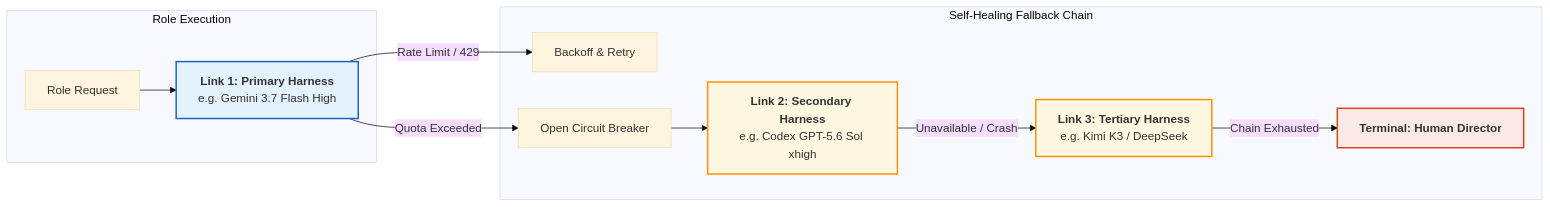
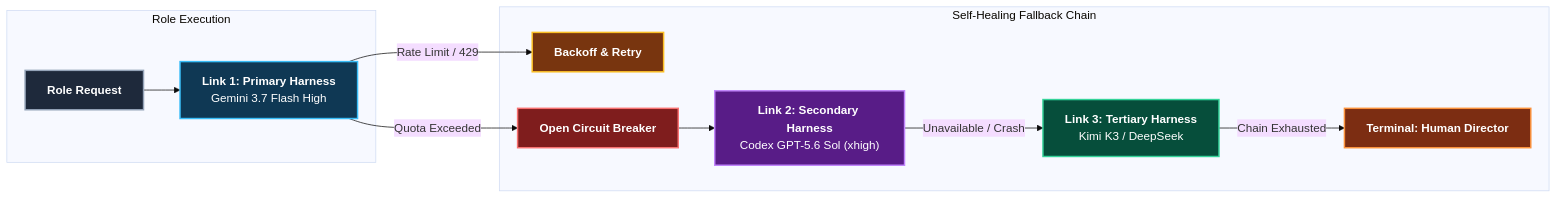
The second of 3 diagrams in README.md (jhiver/gauntlet), drawn with Mermaid (base theme) before and after one commit. The commit also changed other lines of this file, not shown here.

Commit message:
fix(docs): improve Mermaid diagram contrast with dark saturated fills and explicit white text

````diff
--- a/README.md
+++ b/README.md
@@ -87,22 +80,22 @@
 ```mermaid
 flowchart LR
     subgraph Role Execution
-        R[Role Request] --> H1[<b>Link 1: Primary Harness</b><br>e.g. Gemini 3.7 Flash High]
+        R["<b>Role Request</b>"] --> H1["<b>Link 1: Primary Harness</b><br>Gemini 3.7 Flash High"]
     end
 
     subgraph Self-Healing Fallback Chain
-        H1 -->|Rate Limit / 429| B1[Backoff & Retry]
-        H1 -->|Quota Exceeded| CB1[Open Circuit Breaker]
-        CB1 --> H2[<b>Link 2: Secondary Harness</b><br>e.g. Codex GPT-5.6 Sol xhigh]
-        H2 -->|Unavailable / Crash| H3[<b>Link 3: Tertiary Harness</b><br>e.g. Kimi K3 / DeepSeek]
-        H3 -->|Chain Exhausted| H4[<b>Terminal: Human Director</b>]
+        H1 -->|Rate Limit / 429| B1["<b>Backoff & Retry</b>"]
+        H1 -->|Quota Exceeded| CB1["<b>Open Circuit Breaker</b>"]
+        CB1 --> H2["<b>Link 2: Secondary Harness</b><br>Codex GPT-5.6 Sol (xhigh)"]
+        H2 -->|Unavailable / Crash| H3["<b>Link 3: Tertiary Harness</b><br>Kimi K3 / DeepSeek"]
+        H3 -->|Chain Exhausted| H4["<b>Terminal: Human Director</b>"]
     end
 
-    classDef primary fill:#e3f2fd,stroke:#1565c0,stroke-width:2px;
-    classDef fallback fill:#fff8e1,stroke:#ff8f00,stroke-width:2px;
-    classDef terminal fill:#fbe9e7,stroke:#d84315,stroke-width:2px;
-
-    class H1 primary;
-    class H2,H3 fallback;
-    class H4 terminal;
+    style R fill:#1e293b,stroke:#94a3b8,stroke-width:2px,color:#ffffff
+    style H1 fill:#0f3854,stroke:#38bdf8,stroke-width:2px,color:#ffffff
+    style B1 fill:#78350f,stroke:#fbbf24,stroke-width:2px,color:#ffffff
+    style CB1 fill:#7f1d1d,stroke:#f87171,stroke-width:2px,color:#ffffff
+    style H2 fill:#581c87,stroke:#c084fc,stroke-width:2px,color:#ffffff
+    style H3 fill:#064e3b,stroke:#34d399,stroke-width:2px,color:#ffffff
+    style H4 fill:#7c2d12,stroke:#fb923c,stroke-width:2px,color:#ffffff
 ```
````
